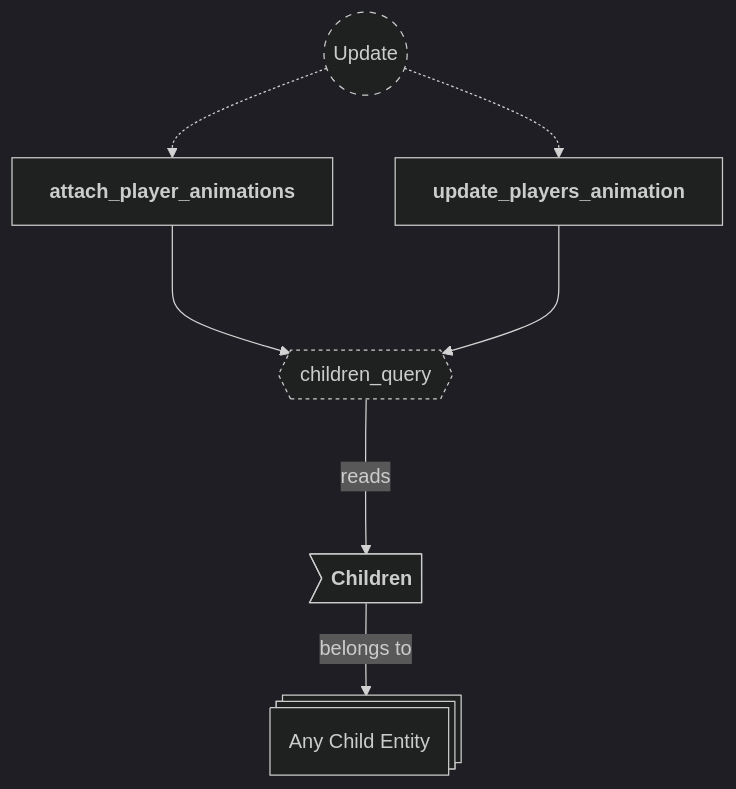
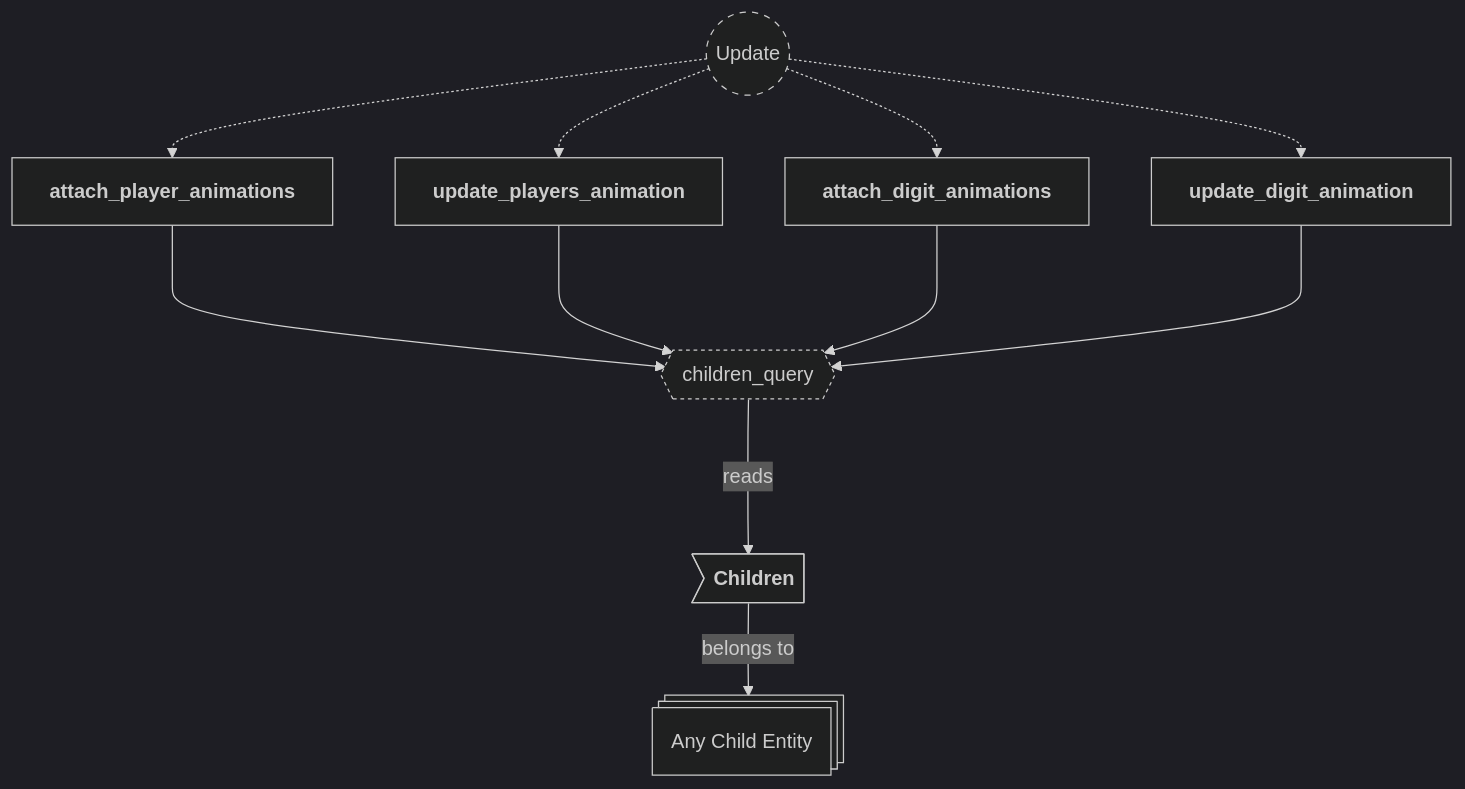
The sixth of 24 diagrams in backlog/docs/doc-5 - 004-Animations-plugin.md (neurosoup/tyled), drawn with Mermaid before and after one commit. The commit also changed other lines of this file and 7 other files, not shown here.

First line of the commit message:
Docs: update all plugin docs for Character marker, BeamCharges rework, and digit animation systems

````diff
--- a/backlog/docs/doc-5 - 004-Animations-plugin.md
+++ b/backlog/docs/doc-5 - 004-Animations-plugin.md
@@ -233,27 +262,33 @@
 ```mermaid
 ---
 config:
   theme: dark
 ---
 
 flowchart TD
 classDef system-group stroke-dasharray: 5 5
 classDef query stroke-dasharray: 3 3
 
 update(("`Update`")):::system-group
 attach_player_animations["`**attach_player_animations**`"]
 update_players_animation["`**update_players_animation**`"]
+attach_digit_animations["`**attach_digit_animations**`"]
+update_digit_animation["`**update_digit_animation**`"]
 
 update -.-> attach_player_animations
 update -.-> update_players_animation
+update -.-> attach_digit_animations
+update -.-> update_digit_animation
 
 children_query{{"`children_query`"}}:::query
 attach_player_animations ---> children_query
 update_players_animation ---> children_query
+attach_digit_animations ---> children_query
+update_digit_animation ---> children_query
 
 child_entity@{ shape: st-rect, label: "Any Child Entity" }
 
 ch_children>"`**Children**`"] --> |belongs to| child_entity
 
 children_query ---> |reads| ch_children
 ```
````
